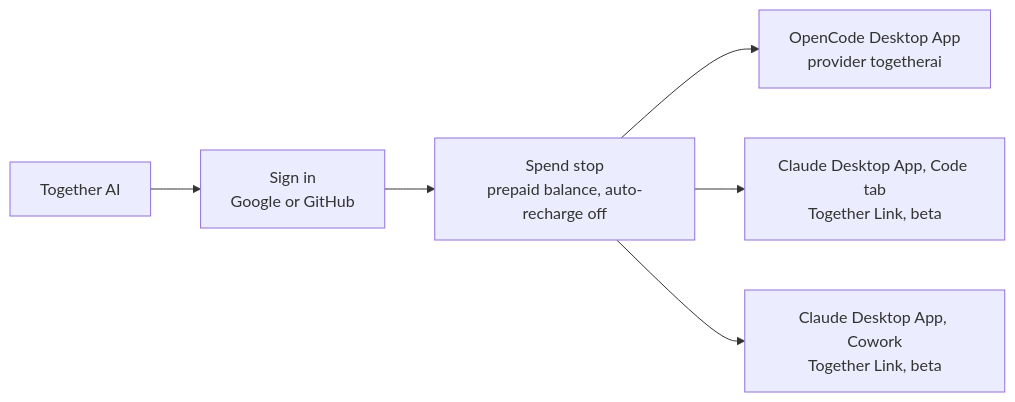
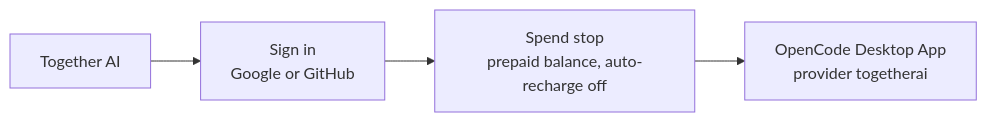
One commit to SoulCraft-Org/compute-crafter changed the diagram in guides/together.md. Above: the diagram before and after it, drawn with Mermaid. The commit also changed other lines of this file and 63 other files, not shown here.

````diff
--- a/guides/together.md
+++ b/guides/together.md
@@ -5,7 +5,5 @@
 ```mermaid
 flowchart LR
   P[Together AI] --> S[Sign in<br/>Google or GitHub] --> G[Spend stop<br/>prepaid balance, auto-recharge off]
   G --> O[OpenCode Desktop App<br/>provider togetherai]
-  G --> C[Claude Desktop App, Code tab<br/>Together Link, beta]
-  G --> W[Claude Desktop App, Cowork<br/>Together Link, beta]
 ```
````
